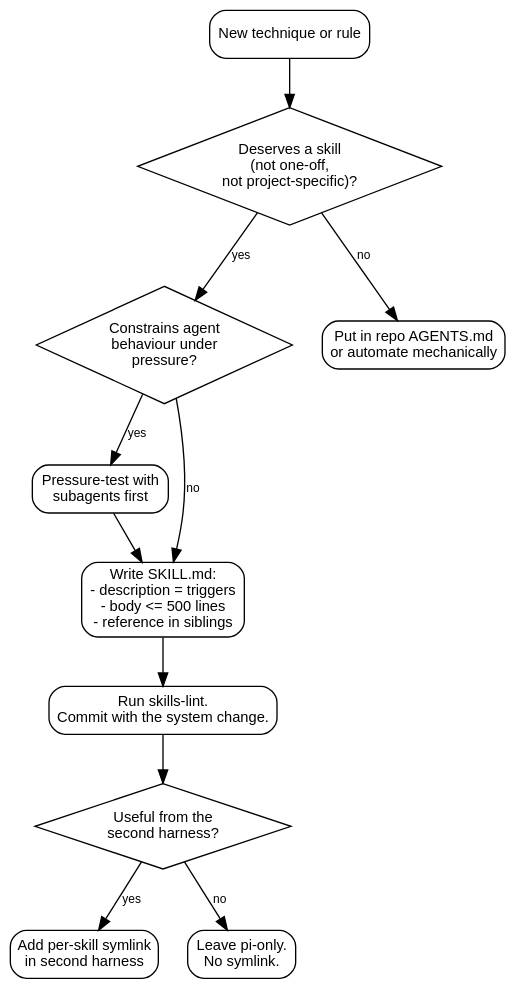
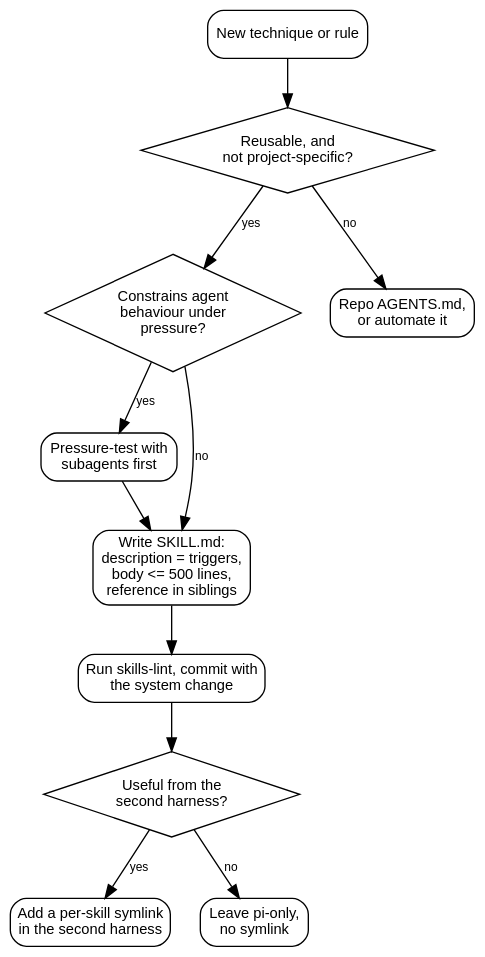
Before and after one commit to erfianugrah/lexicanum: the second of 2 diagrams in src/content/docs/reference/agent-skills-system.mdx, drawn with Graphviz. The commit also changed other lines of this file and 14 other files, not shown here.

First line of the commit message:
docs(harnesses): presentation, diagram and prose pass over the pi harness series (lexicanum#57)

````diff
--- a/src/content/docs/reference/agent-skills-system.mdx
+++ b/src/content/docs/reference/agent-skills-system.mdx
@@ -244,31 +222,31 @@
 ```dot
 digraph {
   rankdir=TB; bgcolor="transparent"; nodesep=0.3; ranksep=0.5;
   fontname="Helvetica,Arial,sans-serif";
   node [fontname="Helvetica,Arial,sans-serif", fontsize=11, shape=diamond, margin="0.1,0.05"];
   edge [fontname="Helvetica,Arial,sans-serif", fontsize=9];
 
   start [label="New technique or rule", shape=box, style=rounded];
-  q_skill [label="Deserves a skill\n(not one-off,\nnot project-specific)?"];
+  q_skill [label="Reusable, and\nnot project-specific?"];
   q_discipline [label="Constrains agent\nbehaviour under\npressure?"];
   q_promote [label="Useful from the\nsecond harness?"];
 
-  r_noskill [label="Put in repo AGENTS.md\nor automate mechanically", shape=box, style=rounded];
+  r_noskill [label="Repo AGENTS.md,\nor automate it", shape=box, style=rounded];
   r_baseline [label="Pressure-test with\nsubagents first", shape=box, style=rounded];
-  r_write [label="Write SKILL.md:\n- description = triggers\n- body <= 500 lines\n- reference in siblings", shape=box, style=rounded];
-  r_lint [label="Run skills-lint.\nCommit with the system change.", shape=box, style=rounded];
-  r_symlink [label="Add per-skill symlink\nin second harness", shape=box, style=rounded];
-  r_pionly [label="Leave pi-only.\nNo symlink.", shape=box, style=rounded];
+  r_write [label="Write SKILL.md:\ndescription = triggers,\nbody <= 500 lines,\nreference in siblings", shape=box, style=rounded];
+  r_lint [label="Run skills-lint, commit with\nthe system change", shape=box, style=rounded];
+  r_symlink [label="Add a per-skill symlink\nin the second harness", shape=box, style=rounded];
+  r_pionly [label="Leave pi-only,\nno symlink", shape=box, style=rounded];
 
   start -> q_skill;
   q_skill -> r_noskill [label="no"];
   q_skill -> q_discipline [label="yes"];
   q_discipline -> r_baseline [label="yes"];
   q_discipline -> r_write [label="no"];
   r_baseline -> r_write;
   r_write -> r_lint;
   r_lint -> q_promote;
   q_promote -> r_symlink [label="yes"];
   q_promote -> r_pionly [label="no"];
 }
 ```
````
